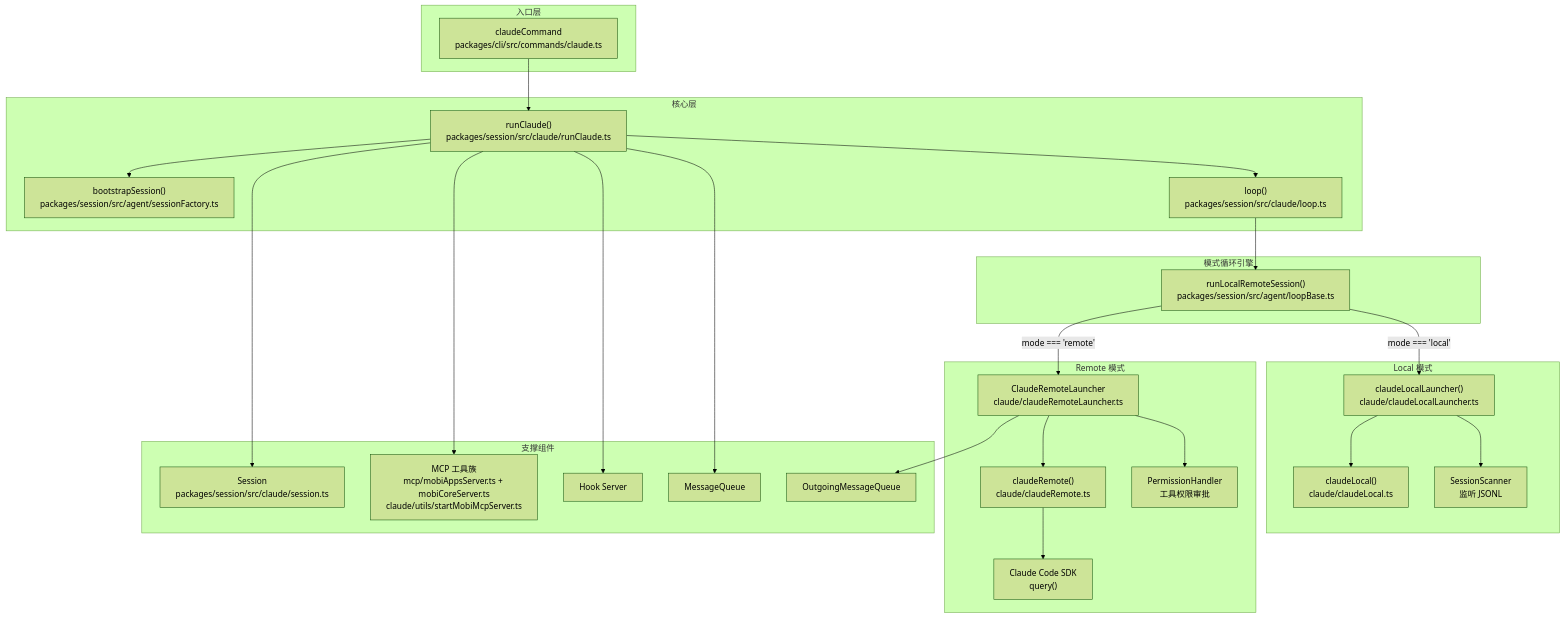
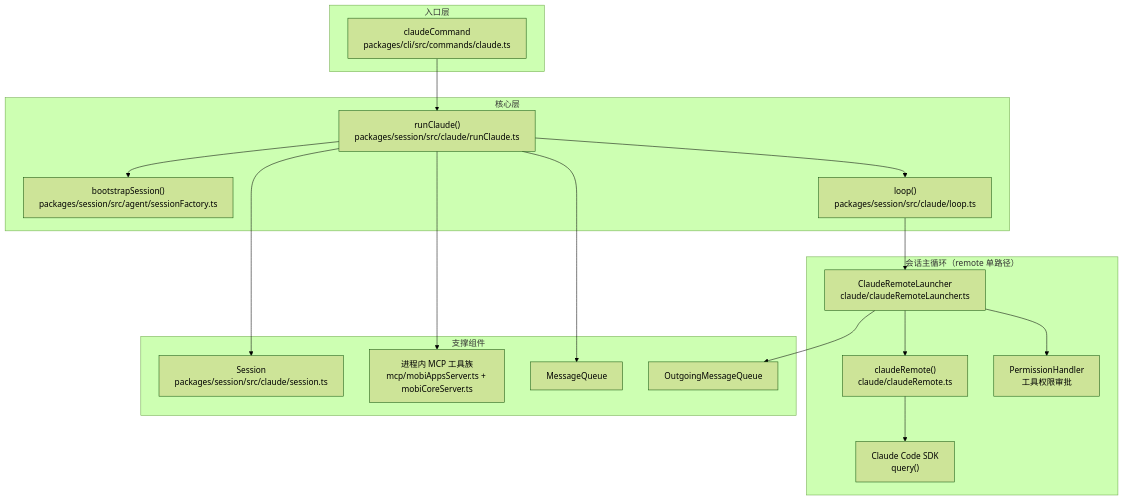
One commit to ModuBit/mobi changed the first of 7 diagrams in docs/architecture/cli/commands/claude/README.md. Above: the diagram before and after it, drawn with Mermaid (forest theme). The commit also changed other lines of this file and 96 other files, not shown here.

````diff
--- a/docs/architecture/cli/commands/claude/README.md
+++ b/docs/architecture/cli/commands/claude/README.md
@@ -59,54 +57,36 @@
 ```mermaid
 graph TB
     subgraph Entry["入口层"]
         Cmd["claudeCommand<br/>packages/cli/src/commands/claude.ts"]
     end
 
     subgraph Core["核心层"]
         RunClaude["runClaude()<br/>packages/session/src/claude/runClaude.ts"]
         Bootstrap["bootstrapSession()<br/>packages/session/src/agent/sessionFactory.ts"]
         Loop["loop()<br/>packages/session/src/claude/loop.ts"]
     end
 
-    subgraph LoopEngine["模式循环引擎"]
-        LoopBase["runLocalRemoteSession()<br/>packages/session/src/agent/loopBase.ts"]
-    end
-
-    subgraph LocalMode["Local 模式"]
-        LocalLauncher["claudeLocalLauncher()<br/>claude/claudeLocalLauncher.ts"]
-        ClaudeLocal["claudeLocal()<br/>claude/claudeLocal.ts"]
-        Scanner["SessionScanner<br/>监听 JSONL"]
-    end
-
-    subgraph RemoteMode["Remote 模式"]
+    subgraph RemoteMode["会话主循环（remote 单路径）"]
         RemoteLauncher["ClaudeRemoteLauncher<br/>claude/claudeRemoteLauncher.ts"]
         ClaudeRemote["claudeRemote()<br/>claude/claudeRemote.ts"]
         Permission["PermissionHandler<br/>工具权限审批"]
         SDK["Claude Code SDK<br/>query()"]
     end
 
     subgraph Support["支撑组件"]
         Session["Session<br/>packages/session/src/claude/session.ts"]
-        MCP["MCP 工具族<br/>mcp/mobiAppsServer.ts + mobiCoreServer.ts<br/>claude/utils/startMobiMcpServer.ts"]
-        HookServer["Hook Server"]
+        MCP["进程内 MCP 工具族<br/>mcp/mobiAppsServer.ts + mobiCoreServer.ts"]
         MessageQ["MessageQueue"]
         OutgoingQ["OutgoingMessageQueue"]
     end
 
     Cmd --> RunClaude
     RunClaude --> Bootstrap
     RunClaude --> Loop
-    Loop --> LoopBase
-
-    LoopBase -->|"mode === 'local'"| LocalLauncher
-    LoopBase -->|"mode === 'remote'"| RemoteLauncher
-
-    LocalLauncher --> ClaudeLocal
-    LocalLauncher --> Scanner
+    Loop --> RemoteLauncher
     RemoteLauncher --> ClaudeRemote
     RemoteLauncher --> Permission
     ClaudeRemote --> SDK
-
-    RunClaude --> Session & MCP & HookServer & MessageQ
+    RunClaude --> Session & MCP & MessageQ
     RemoteLauncher --> OutgoingQ
 ```
````
